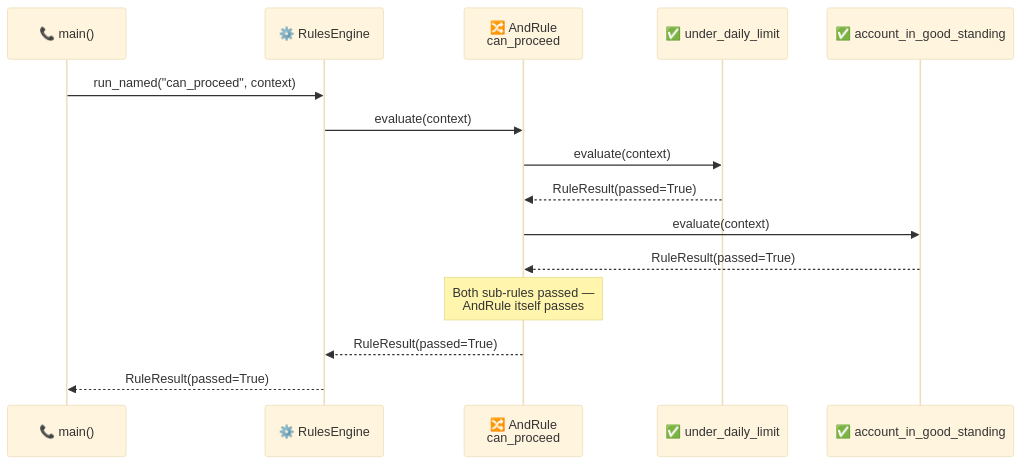
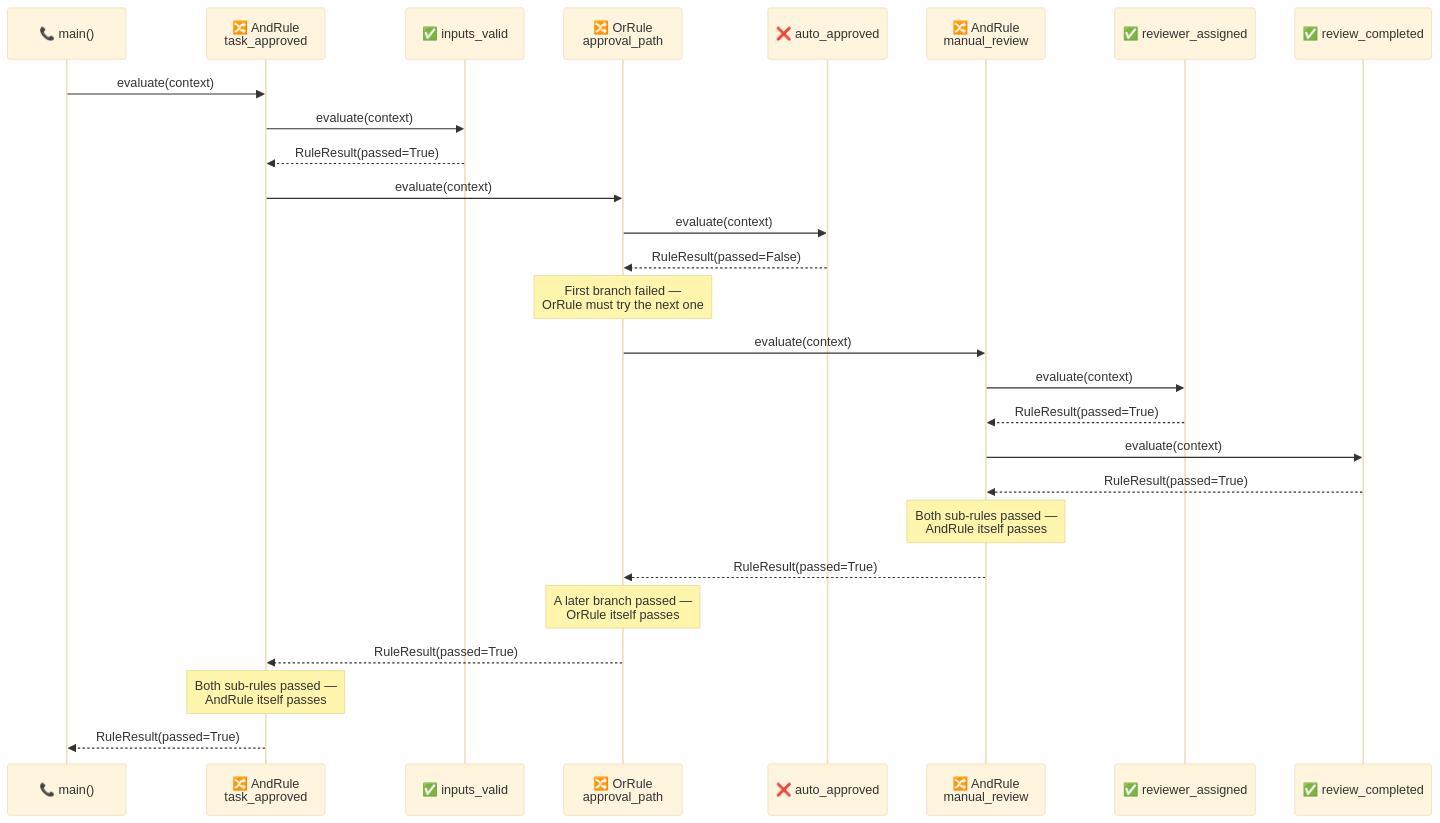
One commit to pawan-vyas/verdict-rules changed the diagram in python/packages/verdict-rules/docs/quickstart.md. Above: the diagram before and after it, drawn with Mermaid (base theme). The commit also changed other lines of this file and 9 other files, not shown here.

````diff
--- a/python/packages/verdict-rules/docs/quickstart.md
+++ b/python/packages/verdict-rules/docs/quickstart.md
@@ -79,18 +117,30 @@
 ```mermaid
 sequenceDiagram
     participant Caller as 📞 main()
-    participant Engine as ⚙️ RulesEngine
-    participant Combo as 🔀 AndRule<br/>can_proceed
-    participant R1 as ✅ under_daily_limit
-    participant R2 as ✅ account_in_good_standing
+    participant Top as 🔀 AndRule<br/>task_approved
+    participant R1 as ✅ inputs_valid
+    participant Path as 🔀 OrRule<br/>approval_path
+    participant R2 as ❌ auto_approved
+    participant Manual as 🔀 AndRule<br/>manual_review
+    participant R3 as ✅ reviewer_assigned
+    participant R4 as ✅ review_completed
 
-    Caller->>Engine: run_named("can_proceed", context)
-    Engine->>Combo: evaluate(context)
-    Combo->>R1: evaluate(context)
-    R1-->>Combo: RuleResult(passed=True)
-    Combo->>R2: evaluate(context)
-    R2-->>Combo: RuleResult(passed=True)
-    Note over Combo: Both sub-rules passed —<br/>AndRule itself passes
-    Combo-->>Engine: RuleResult(passed=True)
-    Engine-->>Caller: RuleResult(passed=True)
+    Caller->>Top: evaluate(context)
+    Top->>R1: evaluate(context)
+    R1-->>Top: RuleResult(passed=True)
+    Top->>Path: evaluate(context)
+    Path->>R2: evaluate(context)
+    R2-->>Path: RuleResult(passed=False)
+    Note over Path: First branch failed —<br/>OrRule must try the next one
+    Path->>Manual: evaluate(context)
+    Manual->>R3: evaluate(context)
+    R3-->>Manual: RuleResult(passed=True)
+    Manual->>R4: evaluate(context)
+    R4-->>Manual: RuleResult(passed=True)
+    Note over Manual: Both sub-rules passed —<br/>AndRule itself passes
+    Manual-->>Path: RuleResult(passed=True)
+    Note over Path: A later branch passed —<br/>OrRule itself passes
+    Path-->>Top: RuleResult(passed=True)
+    Note over Top: Both sub-rules passed —<br/>AndRule itself passes
+    Top-->>Caller: RuleResult(passed=True)
 ```
````
